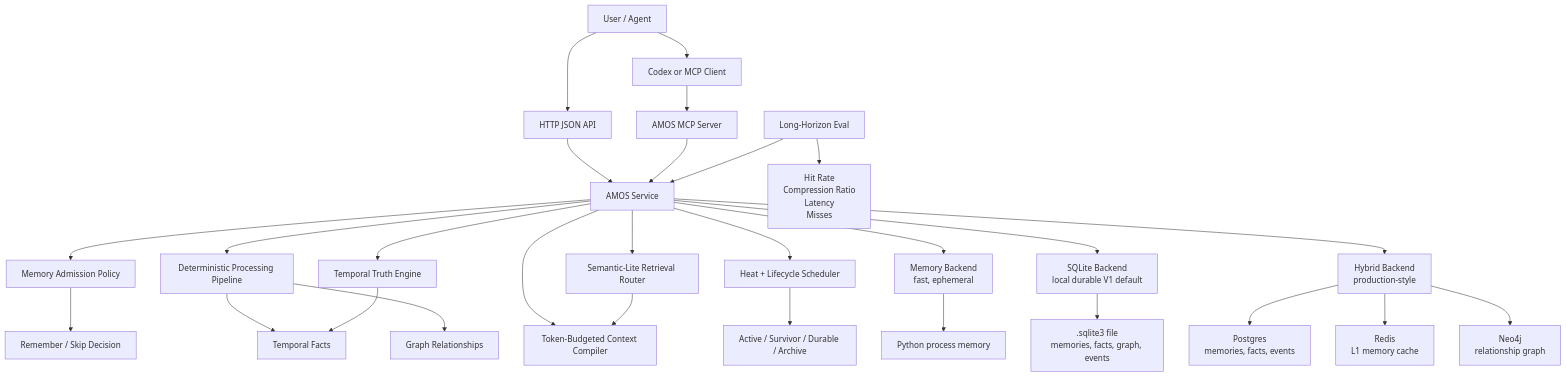
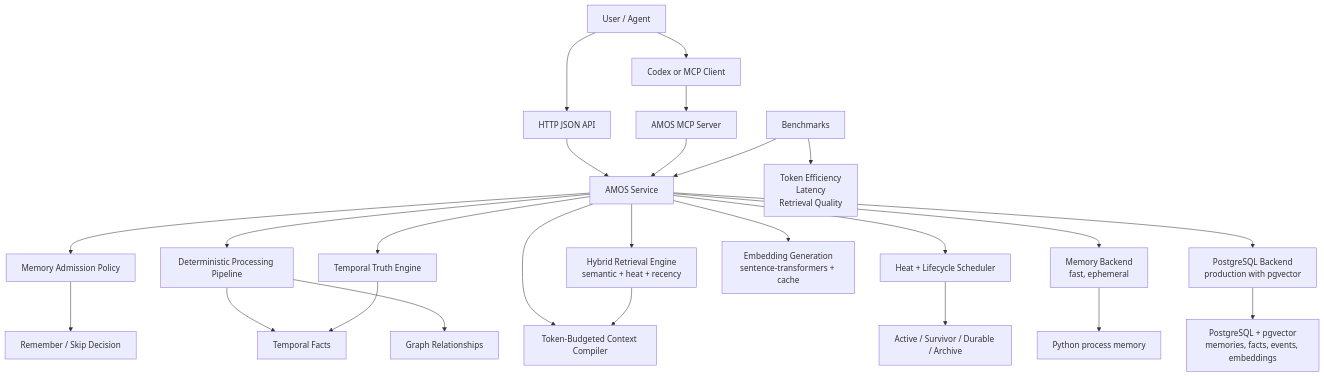
One commit to Nandakumar-Balagopal/amos-memory changed the diagram in README.md. Above: the diagram before and after it, drawn with Mermaid. The commit also changed other lines of this file and 16 other files, not shown here.

First line of the commit message:
feat: AMOS V2 - hybrid retrieval with pgvector

````diff
--- a/README.md
+++ b/README.md
@@ -41,36 +42,32 @@
 ```mermaid
 flowchart TD
     User["User / Agent"] --> Codex["Codex or MCP Client"]
     User --> HTTP["HTTP JSON API"]
     Codex --> MCP["AMOS MCP Server"]
     HTTP --> Service["AMOS Service"]
     MCP --> Service
 
     Service --> Admission["Memory Admission Policy"]
     Service --> Pipeline["Deterministic Processing Pipeline"]
-    Service --> Retrieval["Semantic-Lite Retrieval Router"]
+    Service --> Retrieval["Hybrid Retrieval Engine<br/>semantic + heat + recency"]
     Service --> Context["Token-Budgeted Context Compiler"]
     Service --> Temporal["Temporal Truth Engine"]
     Service --> Heat["Heat + Lifecycle Scheduler"]
+    Service --> Embeddings["Embedding Generation<br/>sentence-transformers + cache"]
 
     Admission --> Remember["Remember / Skip Decision"]
     Pipeline --> Facts["Temporal Facts"]
     Pipeline --> GraphEdges["Graph Relationships"]
     Retrieval --> Context
     Temporal --> Facts
     Heat --> Tiers["Active / Survivor / Durable / Archive"]
 
     Service --> MemoryMode["Memory Backend<br/>fast, ephemeral"]
-    Service --> SQLiteMode["SQLite Backend<br/>local durable V1 default"]
-    Service --> HybridMode["Hybrid Backend<br/>production-style"]
+    Service --> PostgresMode["PostgreSQL Backend<br/>production with pgvector"]
 
-    HybridMode --> Postgres["Postgres<br/>memories, facts, events"]
-    HybridMode --> Redis["Redis<br/>L1 memory cache"]
-    HybridMode --> Neo4j["Neo4j<br/>relationship graph"]
-
-    SQLiteMode --> SQLiteFile[".sqlite3 file<br/>memories, facts, graph, events"]
+    PostgresMode --> Postgres["PostgreSQL + pgvector<br/>memories, facts, events, embeddings"]
     MemoryMode --> ProcessMemory["Python process memory"]
 
-    Eval["Long-Horizon Eval"] --> Service
-    Eval --> Metrics["Hit Rate<br/>Compression Ratio<br/>Latency<br/>Misses"]
+    Eval["Benchmarks"] --> Service
+    Eval --> Metrics["Token Efficiency<br/>Latency<br/>Retrieval Quality"]
 ```
````
